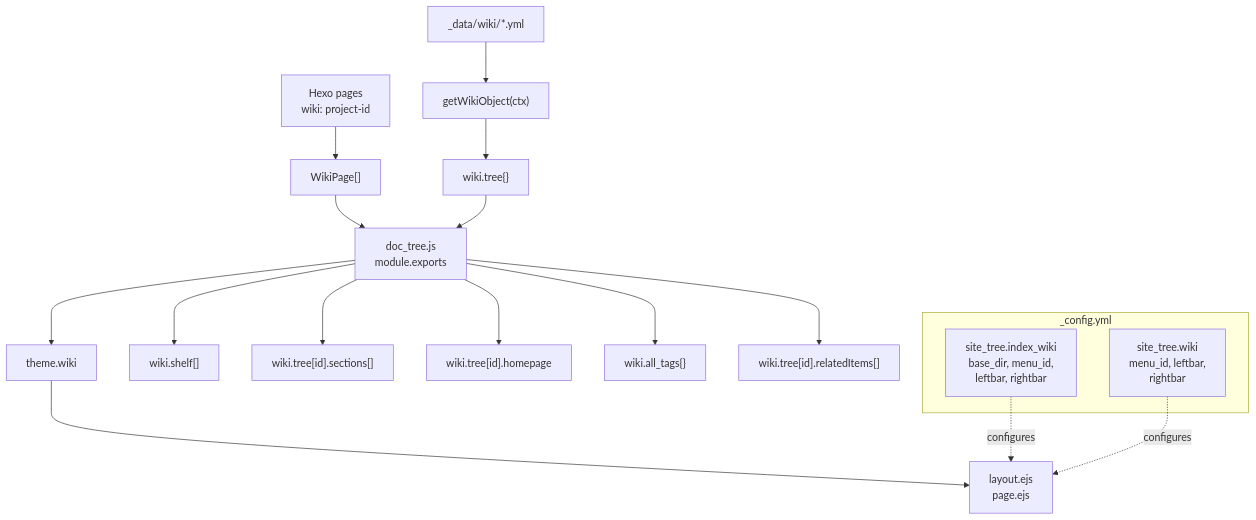
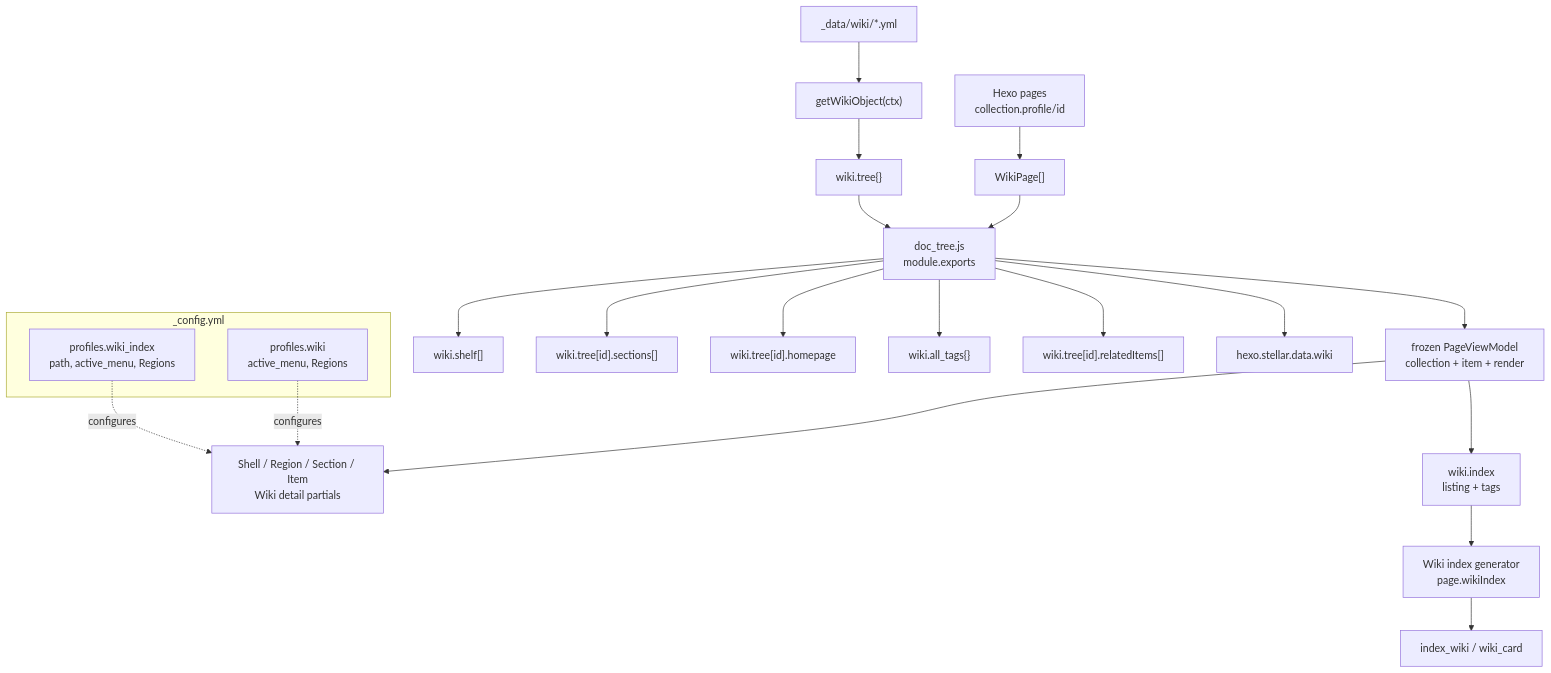
The first of 6 diagrams in docs/knowledge/03-内容系统/wiki-docs.md (xaoxuu/hexo-theme-stellar), drawn with Mermaid before and after one commit. The commit also changed other lines of this file and 861 other files, not shown here.

````diff
--- a/docs/knowledge/03-内容系统/wiki-docs.md
+++ b/docs/knowledge/03-内容系统/wiki-docs.md
@@ -47,23 +53,27 @@
 ```mermaid
 flowchart TD
     A["_data/wiki/*.yml"] --> B["getWikiObject(ctx)"]
-    C["Hexo pages\nwiki: project-id"] --> D["WikiPage[]"]
+    C["Hexo pages\ncollection.profile/id"] --> D["WikiPage[]"]
     B --> E["wiki.tree{}"]
     D --> F["doc_tree.js\nmodule.exports"]
     E --> F
     F --> G["wiki.shelf[]"]
     F --> H["wiki.tree[id].sections[]"]
     F --> I["wiki.tree[id].homepage"]
     F --> J["wiki.all_tags{}"]
     F --> K["wiki.tree[id].relatedItems[]"]
-    F --> L["theme.wiki"]
-    L --> M["layout.ejs\npage.ejs"]
+    F --> L["hexo.stellar.data.wiki"]
+    F --> V["frozen PageViewModel\ncollection + item + render"]
+    V --> M["Shell / Region / Section / Item\nWiki detail partials"]
+    V --> X["wiki.index\nlisting + tags"]
+    X --> Y["Wiki index generator\npage.wikiIndex"]
+    Y --> Z["index_wiki / wiki_card"]
     
     subgraph "_config.yml"
-        N["site_tree.index_wiki\nbase_dir, menu_id,\nleftbar, rightbar"]
-        O["site_tree.wiki\nmenu_id, leftbar,\nrightbar"]
+        N["profiles.wiki_index\npath, active_menu, Regions"]
+        O["profiles.wiki\nactive_menu, Regions"]
     end
     
     N -.configures.-> M
     O -.configures.-> M
 ```
````
